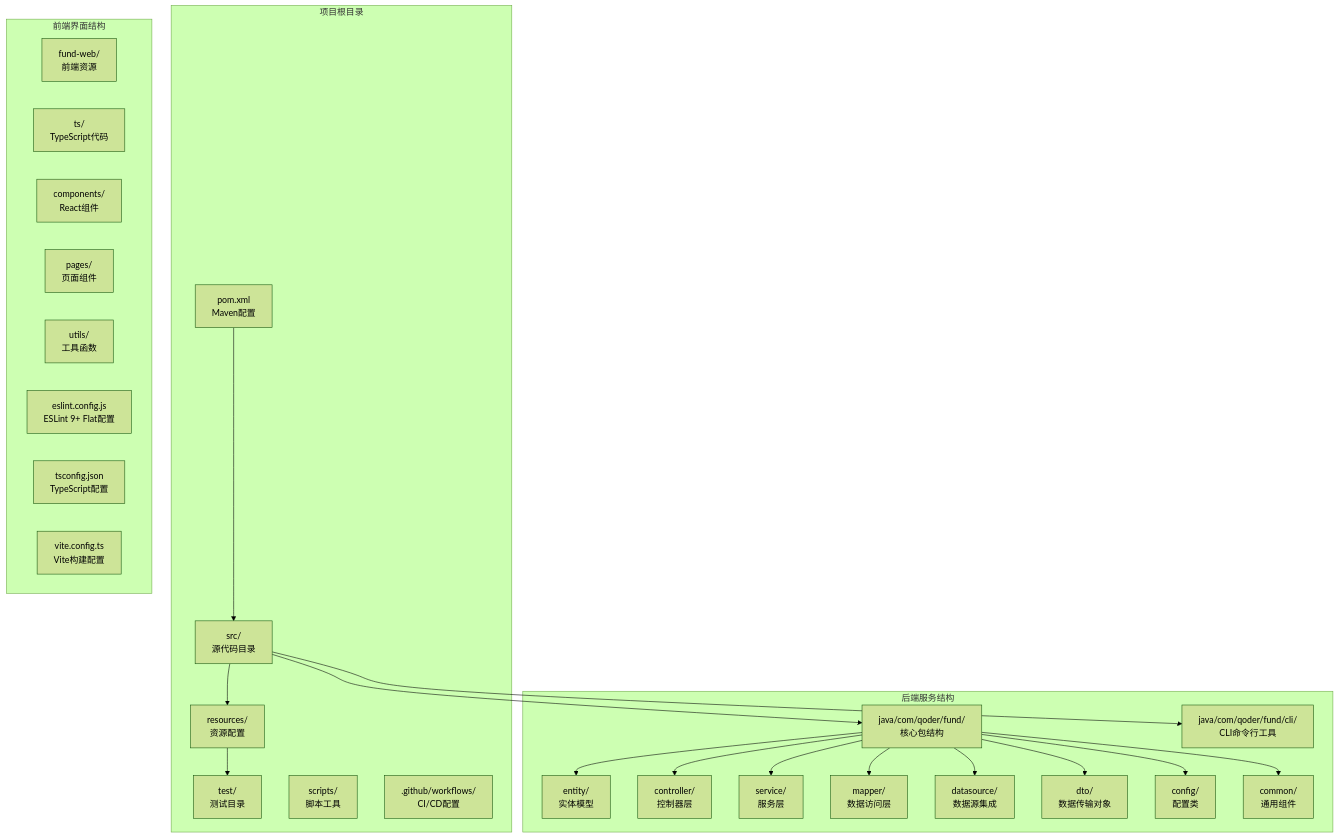
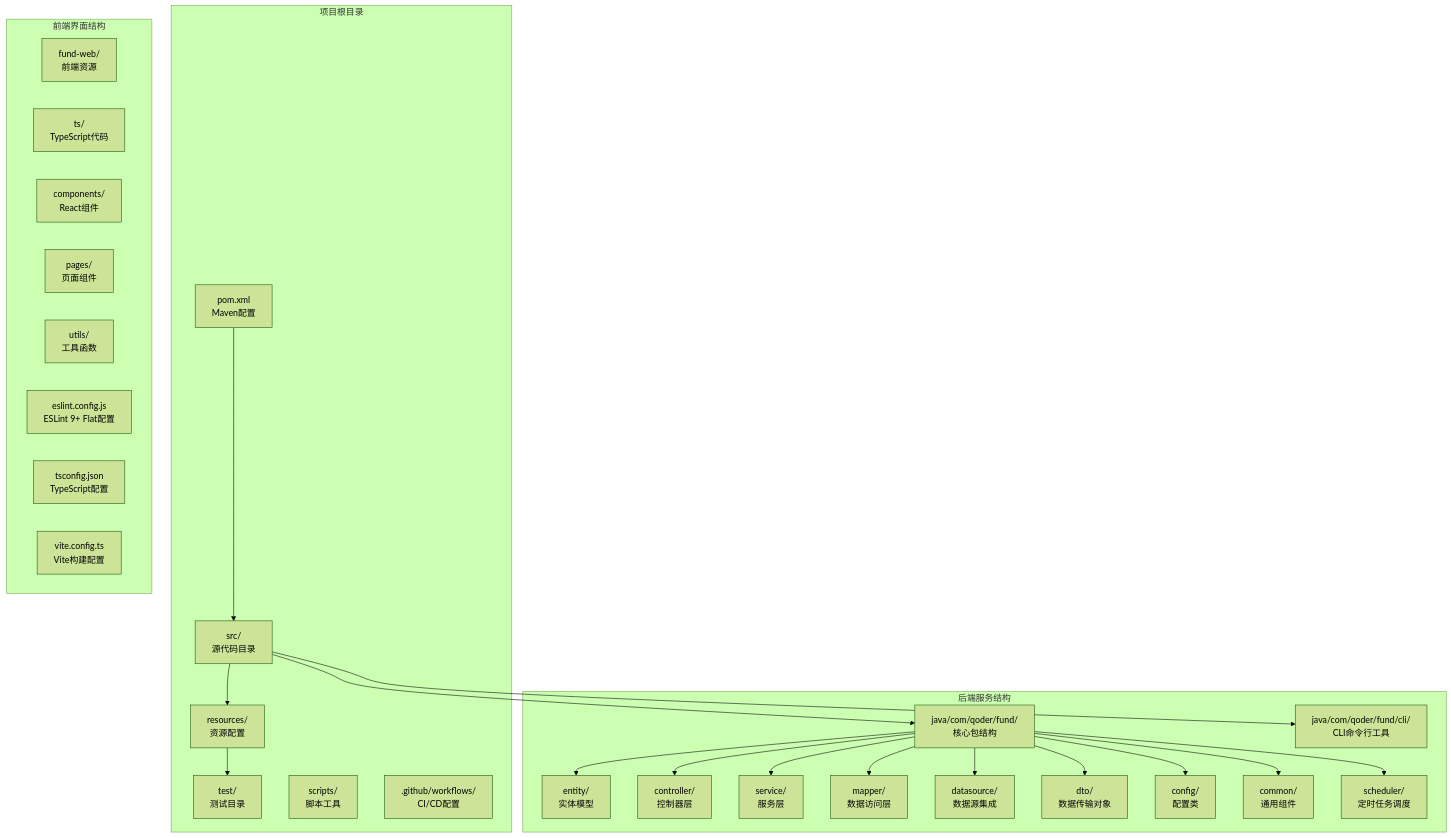
The first of 37 diagrams in .qoder/repowiki/zh/content/核心功能开发/核心功能开发.md (gree-coder/fund-butler), drawn with Mermaid (forest theme) before and after one commit. The commit also changed other lines of this file and 13 other files, not shown here.

````diff
--- a/.qoder/repowiki/zh/content/核心功能开发/核心功能开发.md
+++ b/.qoder/repowiki/zh/content/核心功能开发/核心功能开发.md
@@ -131,46 +137,48 @@
 ```mermaid
 graph TB
 subgraph "项目根目录"
 POM[pom.xml<br/>Maven配置]
 SRC[src/<br/>源代码目录]
 RES[resources/<br/>资源配置]
 TEST[test/<br/>测试目录]
 SCRIPTS[scripts/<br/>脚本工具]
 GITHUB[.github/workflows/<br/>CI/CD配置]
 end
 subgraph "后端服务结构"
 JAVA[java/com/qoder/fund/<br/>核心包结构]
 CLI[java/com/qoder/fund/cli/<br/>CLI命令行工具]
 ENTITY[entity/<br/>实体模型]
 CONTROLLER[controller/<br/>控制器层]
 SERVICE[service/<br/>服务层]
 MAPPER[mapper/<br/>数据访问层]
 DATASOURCE[datasource/<br/>数据源集成]
 DTO[dto/<br/>数据传输对象]
 CONFIG[config/<br/>配置类]
 COMMON[common/<br/>通用组件]
+SCHEDULER[scheduler/<br/>定时任务调度]
 end
 subgraph "前端界面结构"
 WEB[fund-web/<br/>前端资源]
 TS[ts/<br/>TypeScript代码]
 COMPONENTS[components/<br/>React组件]
 PAGES[pages/<br/>页面组件]
 UTILS[utils/<br/>工具函数]
 ESLINT[eslint.config.js<br/>ESLint 9+ Flat配置]
 TS_CONFIG[tsconfig.json<br/>TypeScript配置]
 VITE[vite.config.ts<br/>Vite构建配置]
 end
 POM --> SRC
 SRC --> JAVA
 SRC --> CLI
 SRC --> RES
 JAVA --> ENTITY
 JAVA --> CONTROLLER
 JAVA --> SERVICE
 JAVA --> MAPPER
 JAVA --> DATASOURCE
 JAVA --> DTO
 JAVA --> CONFIG
 JAVA --> COMMON
+JAVA --> SCHEDULER
 RES --> TEST
 ```
````
